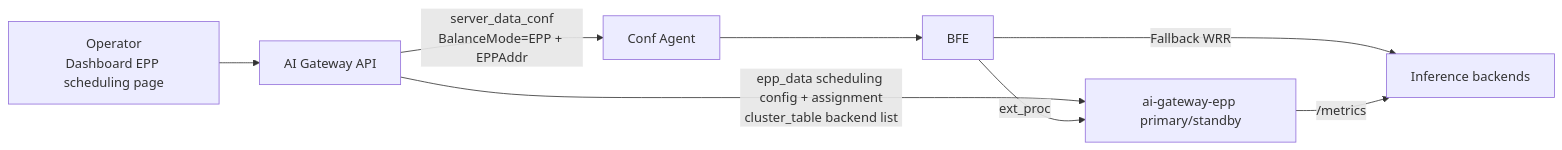
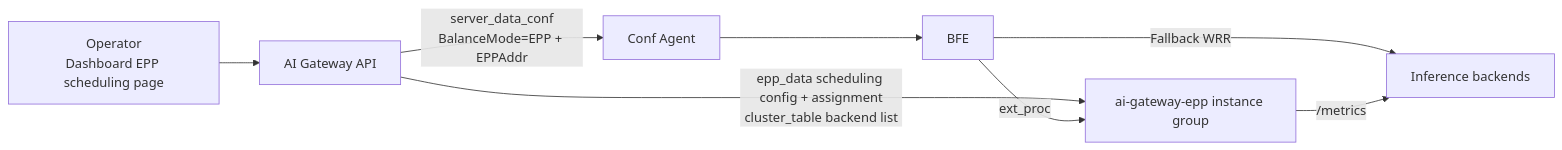
One commit to mileszhang2016/rainway-book changed the first of 2 diagrams in en_us/operation/chapter26-epp-scheduling-operation.md. Above: the diagram before and after it, drawn with Mermaid. The commit also changed other lines of this file and 78 other files, not shown here.

Commit message:
docs: 全书对齐 v0.8.0 最新组件版本（Dashboard v0.0.11、新增 ai-gateway-controller v1.1.0；补充角色体系、批量任务、批量限流、EPP 运行时参数、K8s 池发现与错误契约等）（中英双语）

````diff
--- a/en_us/operation/chapter26-epp-scheduling-operation.md
+++ b/en_us/operation/chapter26-epp-scheduling-operation.md
@@ -45,10 +45,10 @@
 ```mermaid
 flowchart LR
     OP[Operator<br/>Dashboard EPP scheduling page] --> API[AI Gateway API]
     API -->|server_data_conf<br/>BalanceMode=EPP + EPPAddr| CA[Conf Agent]
     CA --> BFE[BFE]
-    API -->|epp_data scheduling config + assignment<br/>cluster_table backend list| EPP[ai-gateway-epp primary/standby]
+    API -->|epp_data scheduling config + assignment<br/>cluster_table backend list| EPP[ai-gateway-epp instance group]
     BFE -->|ext_proc| EPP
     BFE -->|Fallback WRR| RS[Inference backends]
     EPP -->|/metrics| RS
 ```
````
